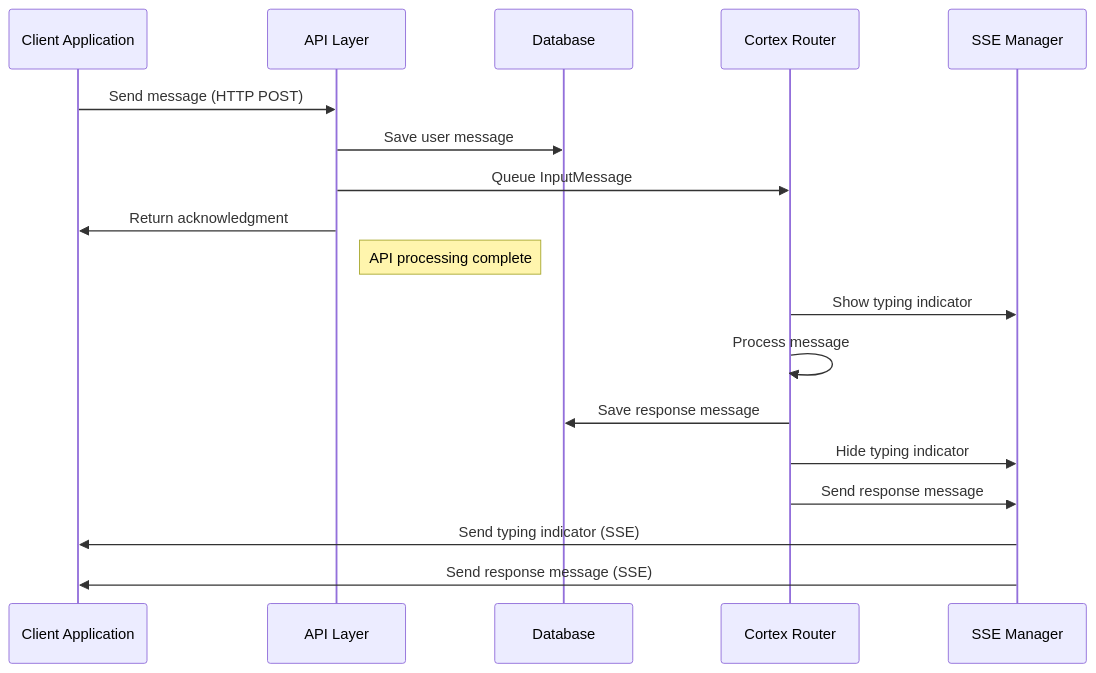
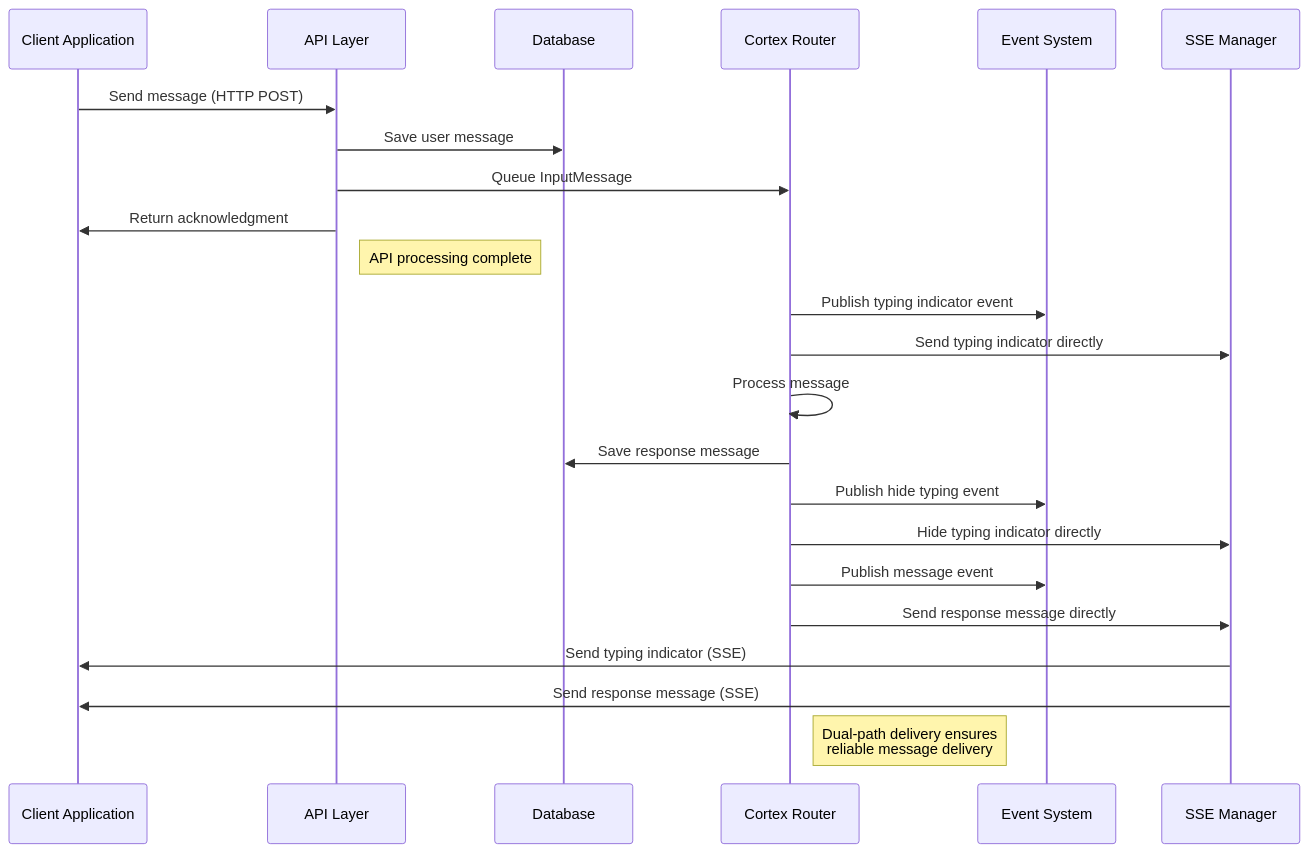
One commit to bkrabach/semanticworkbench changed the second of 5 diagrams in cortex/cortex-core/docs/COMPONENTS.md. Above: the diagram before and after it, drawn with Mermaid. The commit also changed other lines of this file and 3 other files, not shown here.

````diff
--- a/cortex/cortex-core/docs/COMPONENTS.md
+++ b/cortex/cortex-core/docs/COMPONENTS.md
@@ -382,25 +382,31 @@
 ```mermaid
 sequenceDiagram
     participant Client as Client Application
     participant API as API Layer
     participant DB as Database
     participant Router as Cortex Router
+    participant EventSys as Event System
     participant SSE as SSE Manager
 
     Client->>API: Send message (HTTP POST)
     API->>DB: Save user message
     API->>Router: Queue InputMessage
     API->>Client: Return acknowledgment
     Note right of API: API processing complete
 
-    Router->>SSE: Show typing indicator
-
+    Router->>EventSys: Publish typing indicator event
+    Router->>SSE: Send typing indicator directly
+    
     Router->>Router: Process message
 
     Router->>DB: Save response message
-    Router->>SSE: Hide typing indicator
-    Router->>SSE: Send response message
+    Router->>EventSys: Publish hide typing event
+    Router->>SSE: Hide typing indicator directly
+    Router->>EventSys: Publish message event
+    Router->>SSE: Send response message directly
 
     SSE->>Client: Send typing indicator (SSE)
     SSE->>Client: Send response message (SSE)
+    
+    Note right of Router: Dual-path delivery ensures<br/>reliable message delivery
 ```
````
